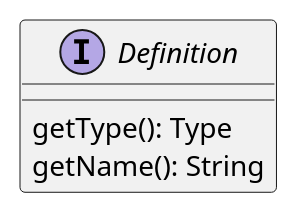
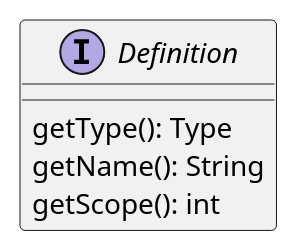
One commit to InigoGutierrez/CmmCompiler changed the diagram in diagrams/definition.pu. Above: the diagram before and after it, drawn with PlantUML. The commit also changed 15 other files, not shown here.

```diff
--- a/diagrams/definition.pu
+++ b/diagrams/definition.pu
@@ -1,8 +1,9 @@
 @startuml
 
 interface Definition
 
 Definition : getType(): Type
 Definition : getName(): String
+Definition : getScope(): int
 
 @enduml
```
